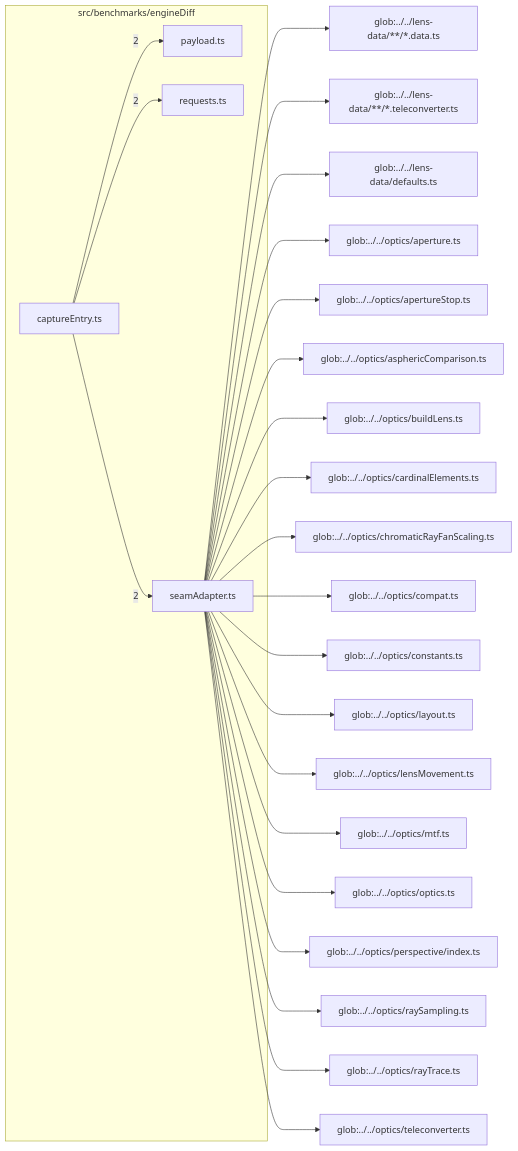
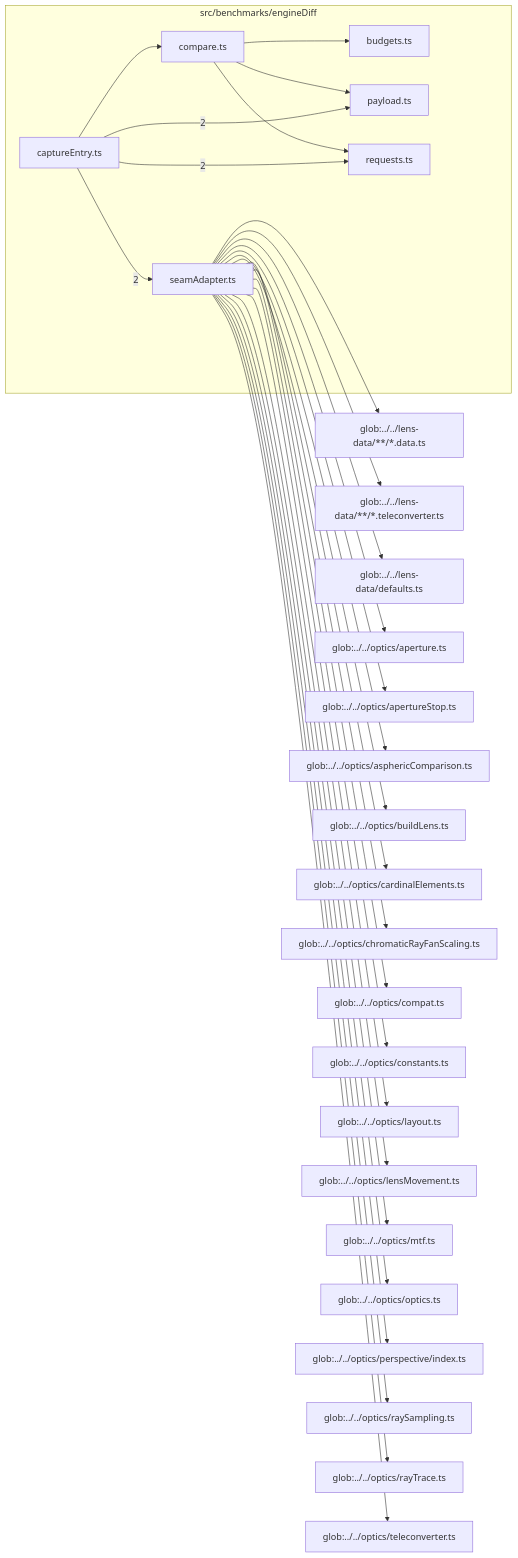
One commit to BeamFour/LensVisualizer changed the diagram in src/benchmarks/engineDiff/readme.md. Above: the diagram before and after it, drawn with Mermaid. The commit also changed other lines of this file and 20 other files, not shown here.

````diff
--- a/src/benchmarks/engineDiff/readme.md
+++ b/src/benchmarks/engineDiff/readme.md
@@ -9,50 +9,56 @@
 ```mermaid
 flowchart LR
   subgraph n_src_benchmarks_engineDiff["src/benchmarks/engineDiff"]
+    n_src_benchmarks_engineDiff_src_benchmarks_engineDiff_budgets_ts["budgets.ts"]
     n_src_benchmarks_engineDiff_src_benchmarks_engineDiff_captureEntry_ts["captureEntry.ts"]
+    n_src_benchmarks_engineDiff_src_benchmarks_engineDiff_compare_ts["compare.ts"]
     n_src_benchmarks_engineDiff_src_benchmarks_engineDiff_payload_ts["payload.ts"]
     n_src_benchmarks_engineDiff_src_benchmarks_engineDiff_requests_ts["requests.ts"]
     n_src_benchmarks_engineDiff_src_benchmarks_engineDiff_seamAdapter_ts["seamAdapter.ts"]
   end
   n_external_glob_______lens_data______data_ts["glob:../../lens-data/**/*.data.ts"]
   n_external_glob_______lens_data______teleconverter_ts["glob:../../lens-data/**/*.teleconverter.ts"]
   n_external_glob_______lens_data_defaults_ts["glob:../../lens-data/defaults.ts"]
   n_external_glob_______optics_aperture_ts["glob:../../optics/aperture.ts"]
   n_external_glob_______optics_apertureStop_ts["glob:../../optics/apertureStop.ts"]
   n_external_glob_______optics_asphericComparison_ts["glob:../../optics/asphericComparison.ts"]
   n_external_glob_______optics_buildLens_ts["glob:../../optics/buildLens.ts"]
   n_external_glob_______optics_cardinalElements_ts["glob:../../optics/cardinalElements.ts"]
   n_external_glob_______optics_chromaticRayFanScaling_ts["glob:../../optics/chromaticRayFanScaling.ts"]
   n_external_glob_______optics_compat_ts["glob:../../optics/compat.ts"]
   n_external_glob_______optics_constants_ts["glob:../../optics/constants.ts"]
   n_external_glob_______optics_layout_ts["glob:../../optics/layout.ts"]
   n_external_glob_______optics_lensMovement_ts["glob:../../optics/lensMovement.ts"]
   n_external_glob_______optics_mtf_ts["glob:../../optics/mtf.ts"]
   n_external_glob_______optics_optics_ts["glob:../../optics/optics.ts"]
   n_external_glob_______optics_perspective_index_ts["glob:../../optics/perspective/index.ts"]
   n_external_glob_______optics_raySampling_ts["glob:../../optics/raySampling.ts"]
   n_external_glob_______optics_rayTrace_ts["glob:../../optics/rayTrace.ts"]
   n_external_glob_______optics_teleconverter_ts["glob:../../optics/teleconverter.ts"]
   n_src_benchmarks_engineDiff_src_benchmarks_engineDiff_captureEntry_ts --> |2| n_src_benchmarks_engineDiff_src_benchmarks_engineDiff_payload_ts
   n_src_benchmarks_engineDiff_src_benchmarks_engineDiff_captureEntry_ts --> |2| n_src_benchmarks_engineDiff_src_benchmarks_engineDiff_requests_ts
   n_src_benchmarks_engineDiff_src_benchmarks_engineDiff_captureEntry_ts --> |2| n_src_benchmarks_engineDiff_src_benchmarks_engineDiff_seamAdapter_ts
   n_src_benchmarks_engineDiff_src_benchmarks_engineDiff_seamAdapter_ts --> n_external_glob_______lens_data______data_ts
   n_src_benchmarks_engineDiff_src_benchmarks_engineDiff_seamAdapter_ts --> n_external_glob_______lens_data______teleconverter_ts
   n_src_benchmarks_engineDiff_src_benchmarks_engineDiff_seamAdapter_ts --> n_external_glob_______lens_data_defaults_ts
   n_src_benchmarks_engineDiff_src_benchmarks_engineDiff_seamAdapter_ts --> n_external_glob_______optics_aperture_ts
   n_src_benchmarks_engineDiff_src_benchmarks_engineDiff_seamAdapter_ts --> n_external_glob_______optics_apertureStop_ts
   n_src_benchmarks_engineDiff_src_benchmarks_engineDiff_seamAdapter_ts --> n_external_glob_______optics_asphericComparison_ts
   n_src_benchmarks_engineDiff_src_benchmarks_engineDiff_seamAdapter_ts --> n_external_glob_______optics_buildLens_ts
   n_src_benchmarks_engineDiff_src_benchmarks_engineDiff_seamAdapter_ts --> n_external_glob_______optics_cardinalElements_ts
   n_src_benchmarks_engineDiff_src_benchmarks_engineDiff_seamAdapter_ts --> n_external_glob_______optics_chromaticRayFanScaling_ts
   n_src_benchmarks_engineDiff_src_benchmarks_engineDiff_seamAdapter_ts --> n_external_glob_______optics_compat_ts
   n_src_benchmarks_engineDiff_src_benchmarks_engineDiff_seamAdapter_ts --> n_external_glob_______optics_constants_ts
   n_src_benchmarks_engineDiff_src_benchmarks_engineDiff_seamAdapter_ts --> n_external_glob_______optics_layout_ts
   n_src_benchmarks_engineDiff_src_benchmarks_engineDiff_seamAdapter_ts --> n_external_glob_______optics_lensMovement_ts
   n_src_benchmarks_engineDiff_src_benchmarks_engineDiff_seamAdapter_ts --> n_external_glob_______optics_mtf_ts
   n_src_benchmarks_engineDiff_src_benchmarks_engineDiff_seamAdapter_ts --> n_external_glob_______optics_optics_ts
   n_src_benchmarks_engineDiff_src_benchmarks_engineDiff_seamAdapter_ts --> n_external_glob_______optics_perspective_index_ts
   n_src_benchmarks_engineDiff_src_benchmarks_engineDiff_seamAdapter_ts --> n_external_glob_______optics_raySampling_ts
   n_src_benchmarks_engineDiff_src_benchmarks_engineDiff_seamAdapter_ts --> n_external_glob_______optics_rayTrace_ts
   n_src_benchmarks_engineDiff_src_benchmarks_engineDiff_seamAdapter_ts --> n_external_glob_______optics_teleconverter_ts
+  n_src_benchmarks_engineDiff_src_benchmarks_engineDiff_compare_ts --> n_src_benchmarks_engineDiff_src_benchmarks_engineDiff_budgets_ts
+  n_src_benchmarks_engineDiff_src_benchmarks_engineDiff_captureEntry_ts --> n_src_benchmarks_engineDiff_src_benchmarks_engineDiff_compare_ts
+  n_src_benchmarks_engineDiff_src_benchmarks_engineDiff_compare_ts --> n_src_benchmarks_engineDiff_src_benchmarks_engineDiff_payload_ts
+  n_src_benchmarks_engineDiff_src_benchmarks_engineDiff_compare_ts --> n_src_benchmarks_engineDiff_src_benchmarks_engineDiff_requests_ts
 ```
````
